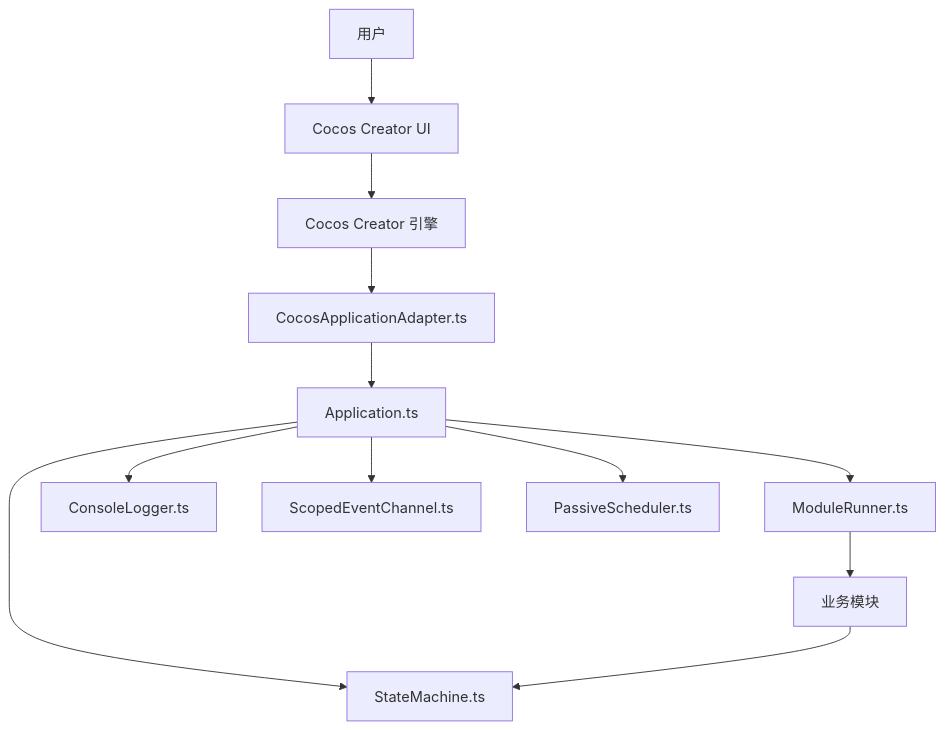
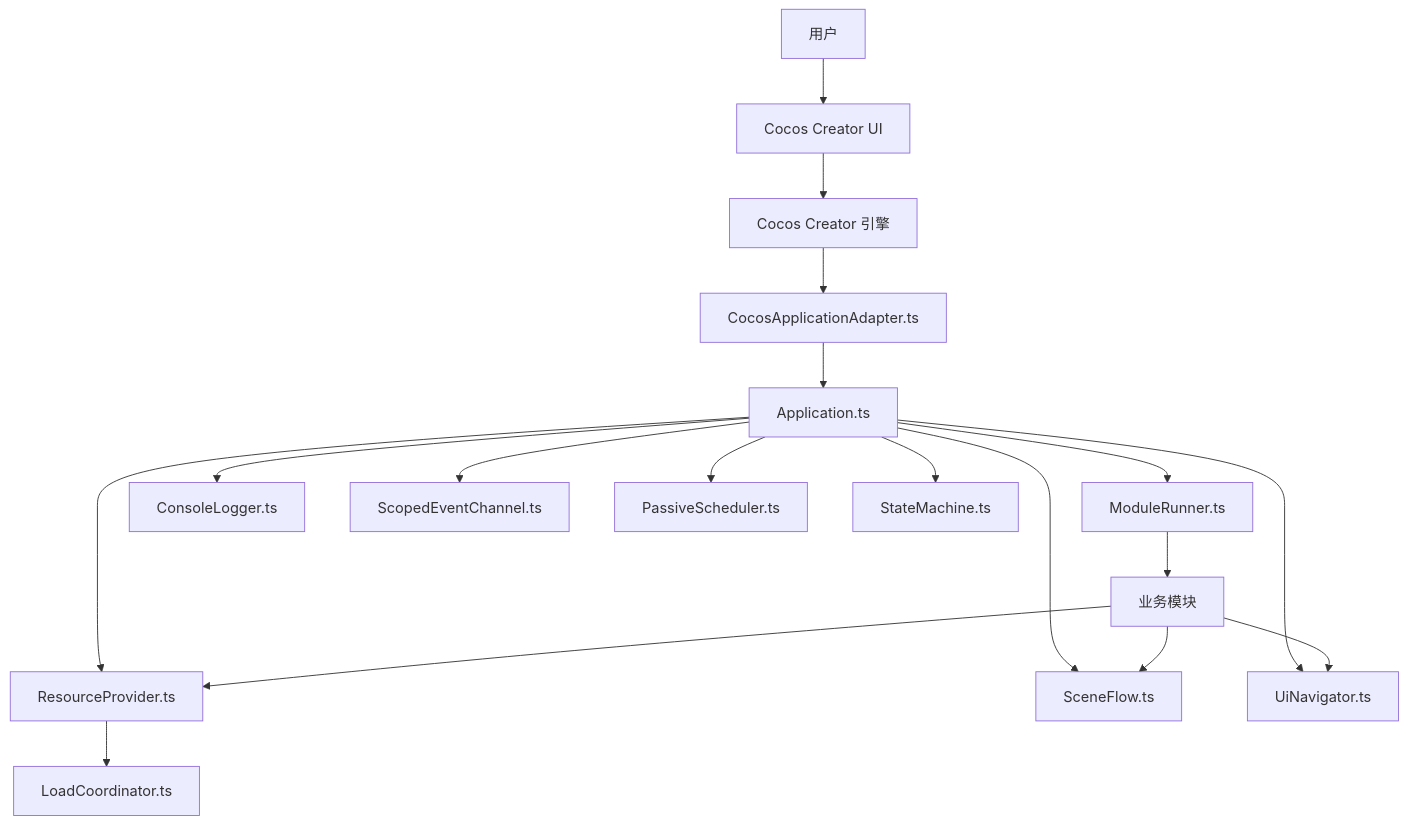
Diagram 13 of 13 in .qoder/repowiki/zh/content/框架架构/框架架构.md (leviseek/ai-game-kit), drawn with Mermaid before and after one commit. The commit also changed other lines of this file and 39 other files, not shown here.

````diff
--- a/.qoder/repowiki/zh/content/框架架构/框架架构.md
+++ b/.qoder/repowiki/zh/content/框架架构/框架架构.md
@@ -505,14 +651,20 @@
 ```mermaid
 graph TB
 User["用户"] --> UI["Cocos Creator UI"]
 UI --> Engine["Cocos Creator 引擎"]
 Engine --> Adapter["CocosApplicationAdapter.ts"]
 Adapter --> App["Application.ts"]
 App --> Runner["ModuleRunner.ts"]
 Runner --> Modules["业务模块"]
 App --> Logger["ConsoleLogger.ts"]
 App --> Events["ScopedEventChannel.ts"]
 App --> Scheduler["PassiveScheduler.ts"]
 App --> FSM["StateMachine.ts"]
-Modules --> FSM
+App --> ResourceProv["ResourceProvider.ts"]
+App --> SceneFlow["SceneFlow.ts"]
+App --> UiNav["UiNavigator.ts"]
+ResourceProv --> LoadCoord["LoadCoordinator.ts"]
+Modules --> ResourceProv
+Modules --> SceneFlow
+Modules --> UiNav
 ```
````
